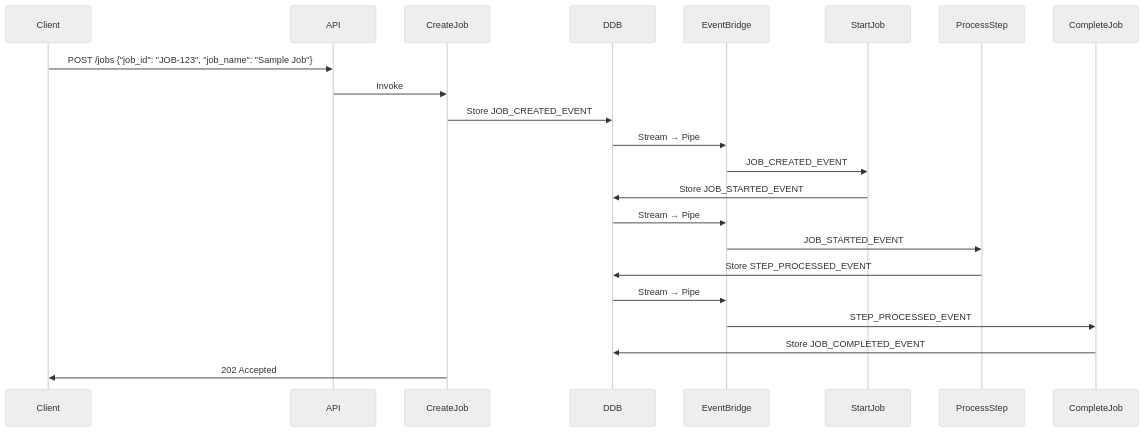
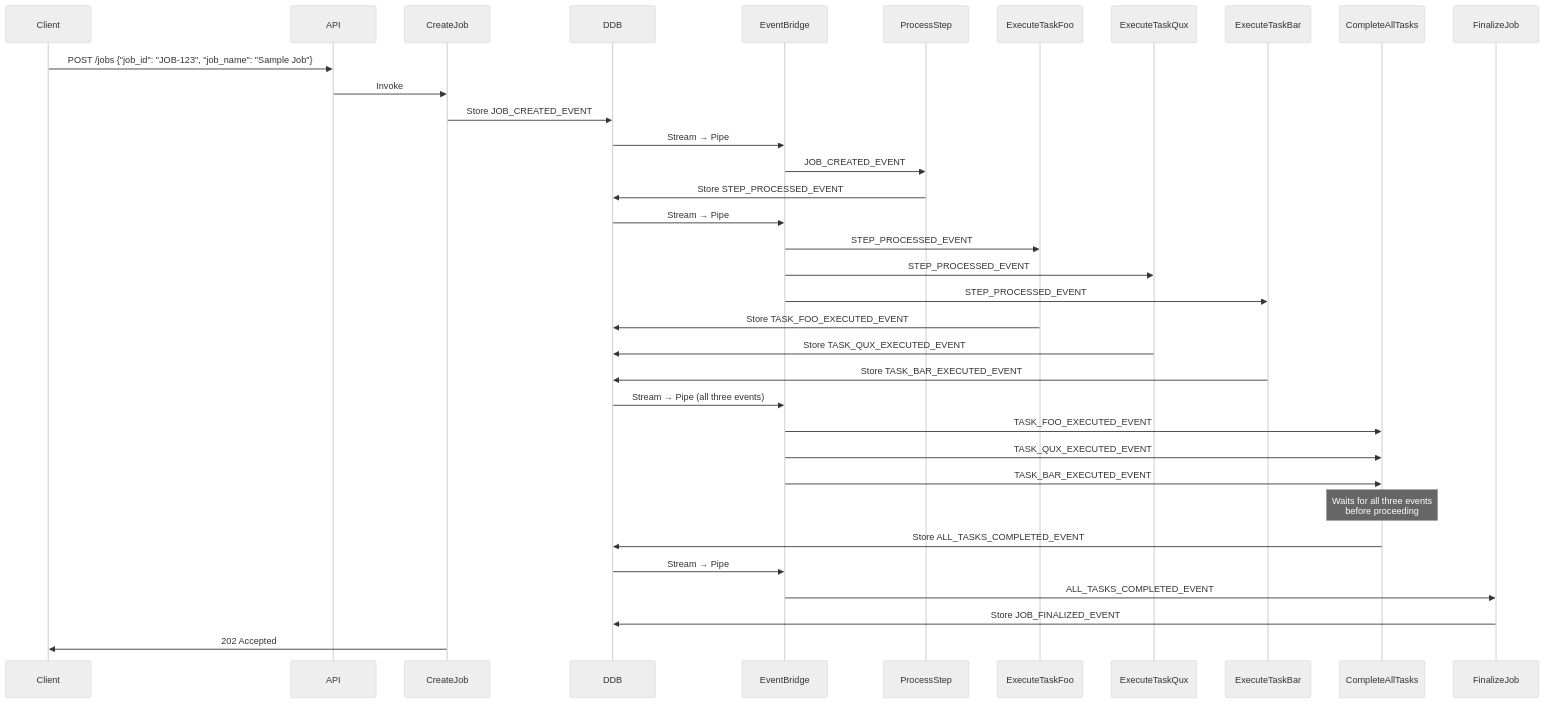
The third of 3 diagrams in README.md (mutchinick/python-ddb-event-driven), drawn with Mermaid (neutral theme) before and after one commit. The commit also changed other lines of this file and 45 other files, not shown here.

First line of the commit message:
Extend job workflow with task workers and event chain

````diff
--- a/README.md
+++ b/README.md
@@ -112,25 +216,38 @@
 ```mermaid
 sequenceDiagram
     participant Client
     participant API
     participant CreateJob
     participant DDB
     participant EventBridge
-    participant StartJob
     participant ProcessStep
-    participant CompleteJob
+    participant ExecuteTaskFoo
+    participant ExecuteTaskQux
+    participant ExecuteTaskBar
+    participant CompleteAllTasks
+    participant FinalizeJob
 
     Client->>API: POST /jobs {"job_id": "JOB-123", "job_name": "Sample Job"}
     API->>CreateJob: Invoke
     CreateJob->>DDB: Store JOB_CREATED_EVENT
     DDB->>EventBridge: Stream → Pipe
-    EventBridge->>StartJob: JOB_CREATED_EVENT
-    StartJob->>DDB: Store JOB_STARTED_EVENT
-    DDB->>EventBridge: Stream → Pipe
-    EventBridge->>ProcessStep: JOB_STARTED_EVENT
+    EventBridge->>ProcessStep: JOB_CREATED_EVENT
     ProcessStep->>DDB: Store STEP_PROCESSED_EVENT
     DDB->>EventBridge: Stream → Pipe
-    EventBridge->>CompleteJob: STEP_PROCESSED_EVENT
-    CompleteJob->>DDB: Store JOB_COMPLETED_EVENT
+    EventBridge->>ExecuteTaskFoo: STEP_PROCESSED_EVENT
+    EventBridge->>ExecuteTaskQux: STEP_PROCESSED_EVENT
+    EventBridge->>ExecuteTaskBar: STEP_PROCESSED_EVENT
+    ExecuteTaskFoo->>DDB: Store TASK_FOO_EXECUTED_EVENT
+    ExecuteTaskQux->>DDB: Store TASK_QUX_EXECUTED_EVENT
+    ExecuteTaskBar->>DDB: Store TASK_BAR_EXECUTED_EVENT
+    DDB->>EventBridge: Stream → Pipe (all three events)
+    EventBridge->>CompleteAllTasks: TASK_FOO_EXECUTED_EVENT
+    EventBridge->>CompleteAllTasks: TASK_QUX_EXECUTED_EVENT
+    EventBridge->>CompleteAllTasks: TASK_BAR_EXECUTED_EVENT
+    Note over CompleteAllTasks: Waits for all three events<br/>before proceeding
+    CompleteAllTasks->>DDB: Store ALL_TASKS_COMPLETED_EVENT
+    DDB->>EventBridge: Stream → Pipe
+    EventBridge->>FinalizeJob: ALL_TASKS_COMPLETED_EVENT
+    FinalizeJob->>DDB: Store JOB_FINALIZED_EVENT
     CreateJob->>Client: 202 Accepted
 ```
````
